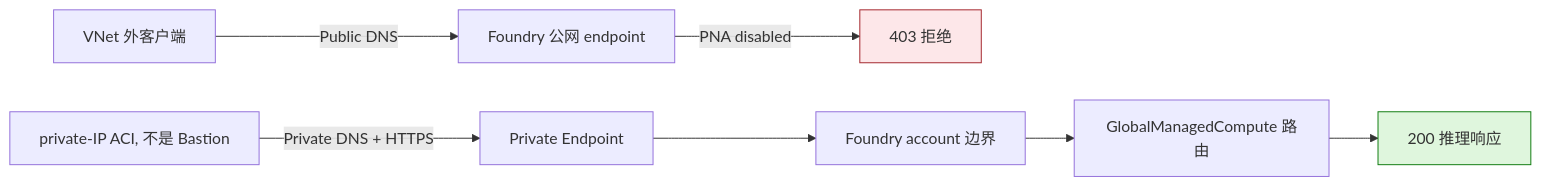
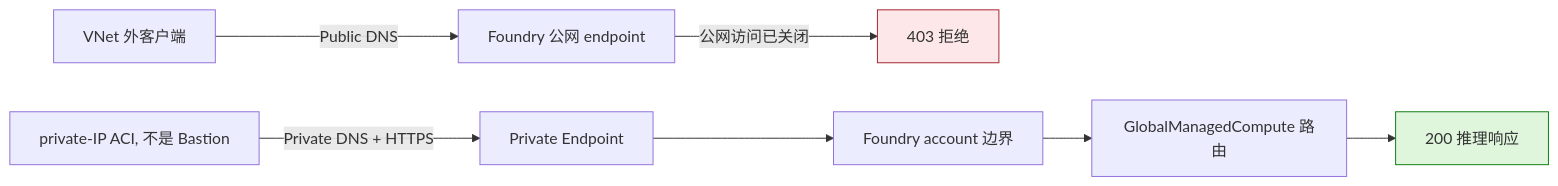
The diagram in Deep-Learning/Managed-Compute-Private-Endpoint/README-CN.md (david-xinyuwei/david-share), drawn with Mermaid before and after one commit. The commit also changed other lines of this file and 21 other files, not shown here.

````diff
--- a/Deep-Learning/Managed-Compute-Private-Endpoint/README-CN.md
+++ b/Deep-Learning/Managed-Compute-Private-Endpoint/README-CN.md
@@ -178,12 +193,12 @@
 ```mermaid
 flowchart LR
     OUT[VNet 外客户端] -->|Public DNS| PUB[Foundry 公网 endpoint]
-    PUB -->|PNA disabled| DENY[403 拒绝]
+    PUB -->|公网访问已关闭| DENY[403 拒绝]
     IN[private-IP ACI, 不是 Bastion] -->|Private DNS + HTTPS| PE[Private Endpoint]
     PE --> ACCOUNT[Foundry account 边界]
     ACCOUNT --> ROUTE[GlobalManagedCompute 路由]
     ROUTE --> OK[200 推理响应]
 
     style DENY fill:#fde7e9,stroke:#a4262c
     style OK fill:#dff6dd,stroke:#107c10
 ```
````
